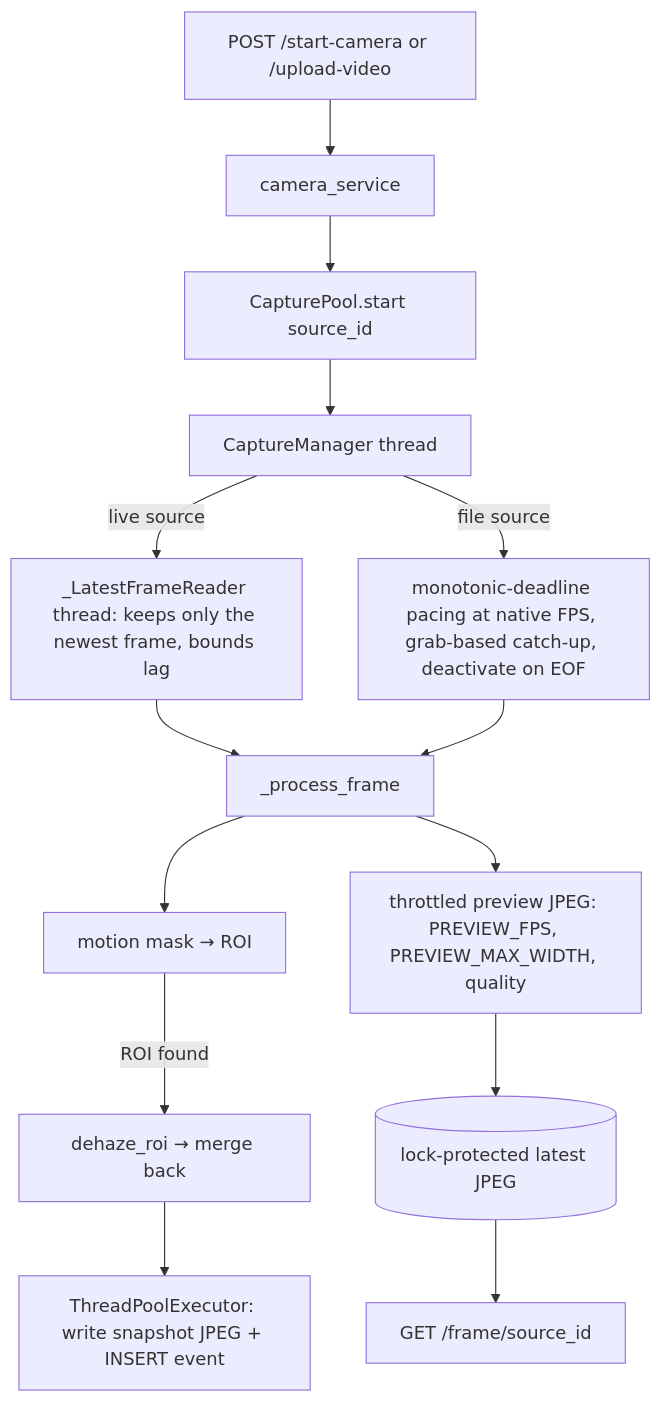
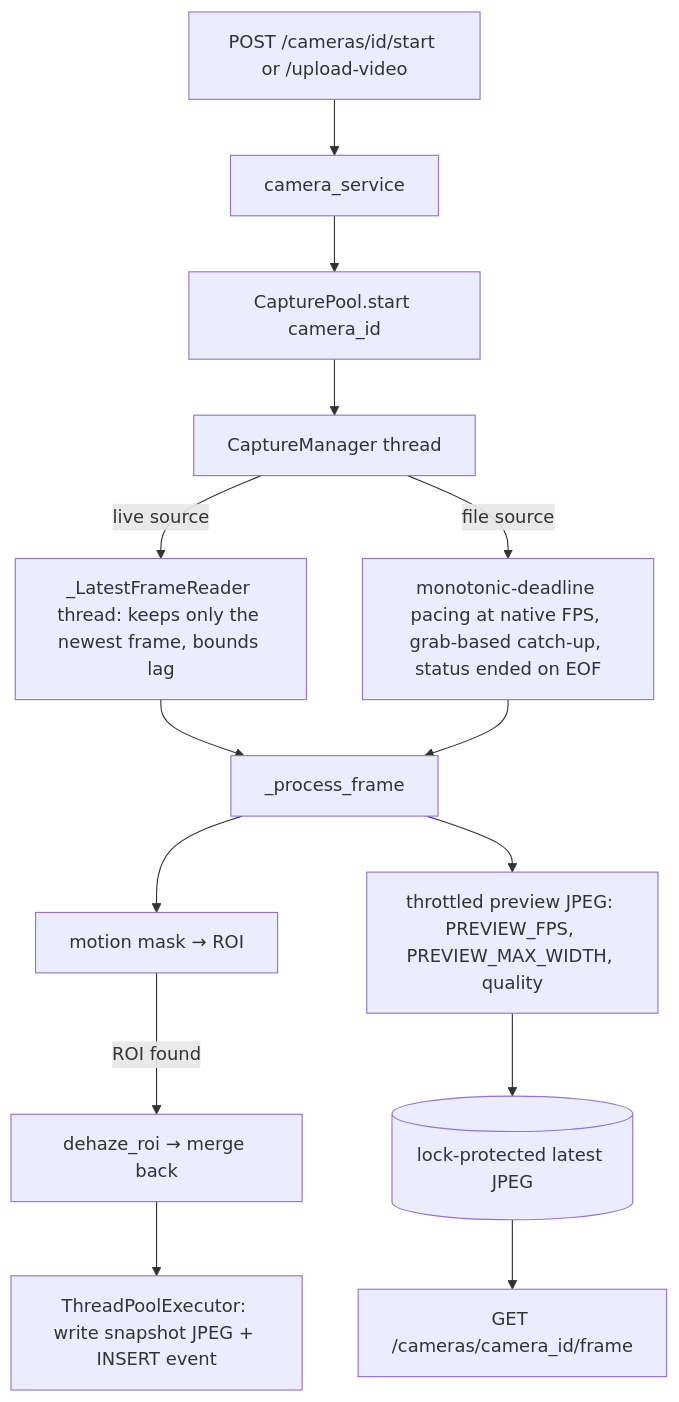
Before and after one commit to Tashrif-007/visionguard: the second of 3 diagrams in ARCHITECTURE.md, drawn with Mermaid. The commit also changed other lines of this file and 4 other files, not shown here.

````diff
--- a/ARCHITECTURE.md
+++ b/ARCHITECTURE.md
@@ -137,15 +137,15 @@
 ```mermaid
 flowchart TD
-    API[POST /start-camera or /upload-video] --> CS[camera_service] --> Pool[CapturePool.start source_id]
+    API[POST /cameras/id/start or /upload-video] --> CS[camera_service] --> Pool[CapturePool.start camera_id]
     Pool --> CM[CaptureManager thread]
     CM -->|live source| Rd[_LatestFrameReader thread: keeps only the newest frame, bounds lag]
-    CM -->|file source| Pace[monotonic-deadline pacing at native FPS, grab-based catch-up, deactivate on EOF]
+    CM -->|file source| Pace[monotonic-deadline pacing at native FPS, grab-based catch-up, status ended on EOF]
     Rd --> PF[_process_frame]
     Pace --> PF
     PF --> Mot[motion mask → ROI]
     Mot -->|ROI found| Dh[dehaze_roi → merge back]
     Dh --> Ev[ThreadPoolExecutor: write snapshot JPEG + INSERT event]
     PF --> Prev[throttled preview JPEG: PREVIEW_FPS, PREVIEW_MAX_WIDTH, quality]
     Prev --> Buf[(lock-protected latest JPEG)]
-    Buf --> F[GET /frame/source_id]
+    Buf --> F[GET /cameras/camera_id/frame]
 ```
````
